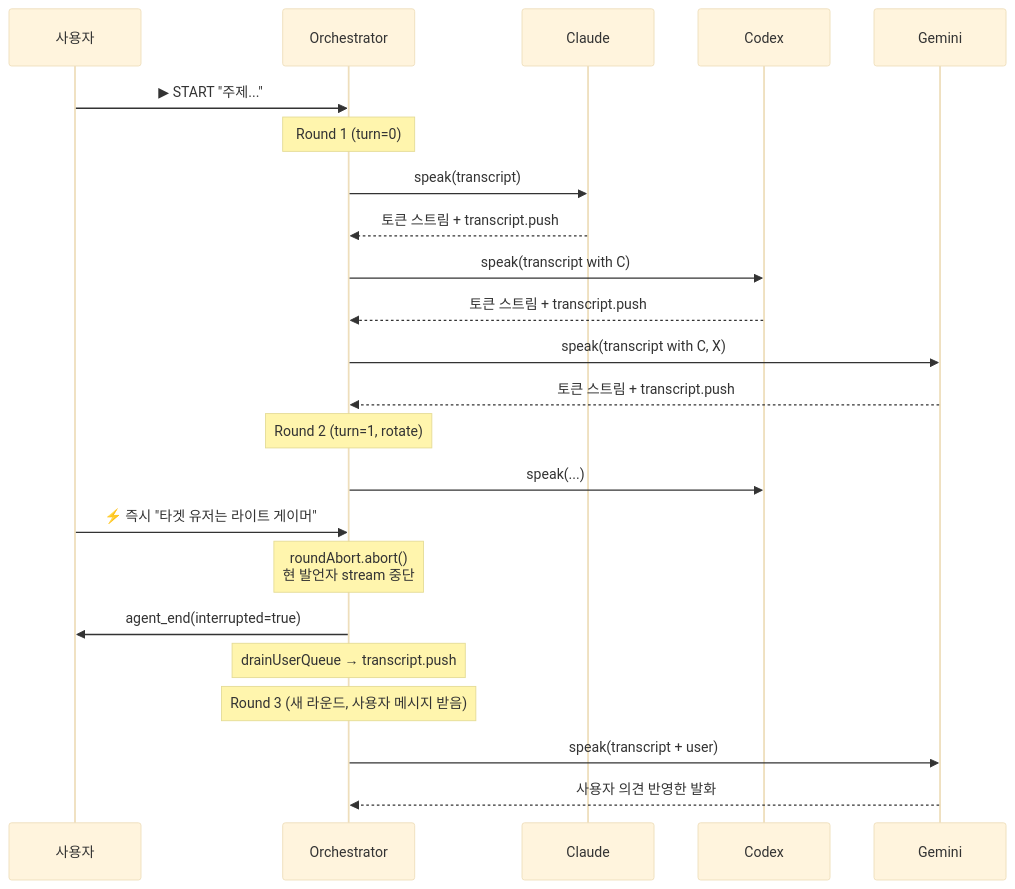
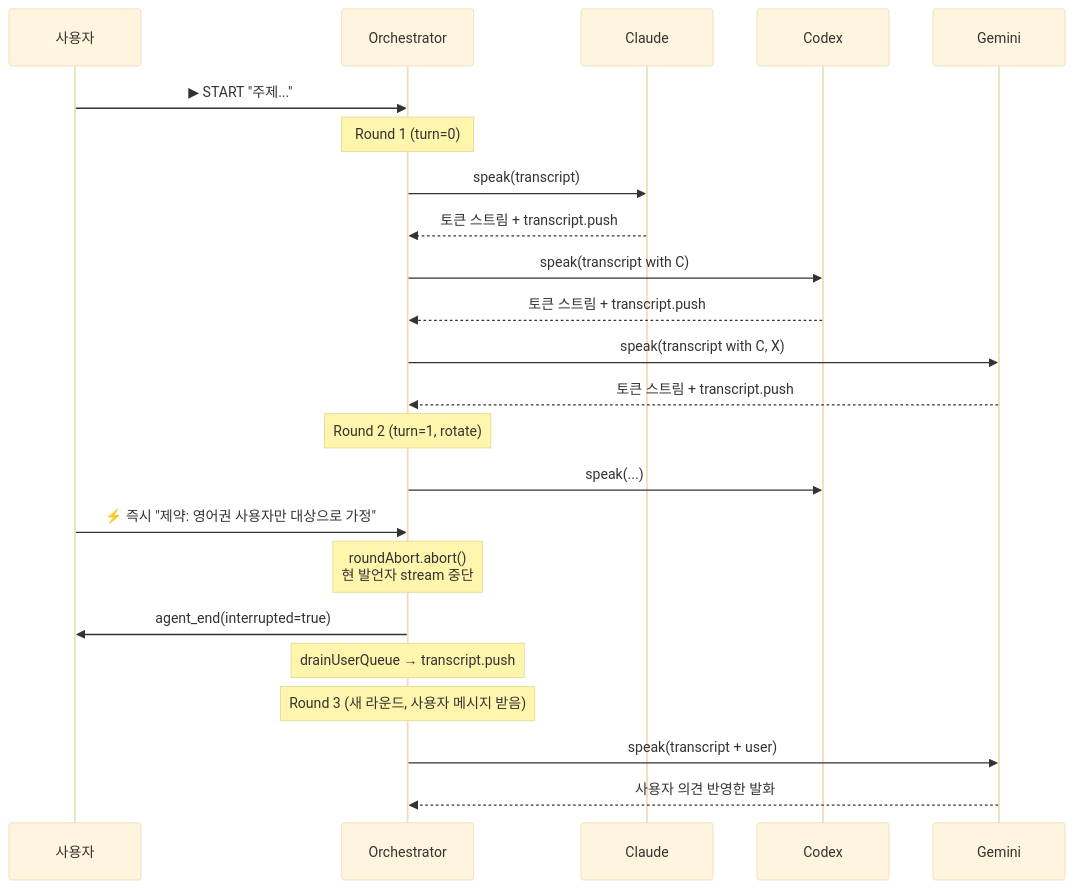
One commit to doublesilver/agora changed the second of 4 diagrams in README.md. Above: the diagram before and after it, drawn with Mermaid (base theme). The commit also changed other lines of this file and 5 other files, not shown here.

````diff
--- a/README.md
+++ b/README.md
@@ -67,28 +65,28 @@
 ```mermaid
 sequenceDiagram
     participant U as 사용자
     participant O as Orchestrator
     participant C as Claude
     participant X as Codex
     participant G as Gemini
 
     U->>O: ▶ START "주제..."
     Note over O: Round 1 (turn=0)
     O->>C: speak(transcript)
     C-->>O: 토큰 스트림 + transcript.push
     O->>X: speak(transcript with C)
     X-->>O: 토큰 스트림 + transcript.push
     O->>G: speak(transcript with C, X)
     G-->>O: 토큰 스트림 + transcript.push
 
     Note over O: Round 2 (turn=1, rotate)
     O->>X: speak(...)
-    U->>O: ⚡ 즉시 "타겟 유저는 라이트 게이머"
+    U->>O: ⚡ 즉시 "제약: 영어권 사용자만 대상으로 가정"
     Note over O: roundAbort.abort()<br/>현 발언자 stream 중단
     O->>U: agent_end(interrupted=true)
     Note over O: drainUserQueue → transcript.push
 
     Note over O: Round 3 (새 라운드, 사용자 메시지 받음)
     O->>G: speak(transcript + user)
     G-->>O: 사용자 의견 반영한 발화
 ```
````
